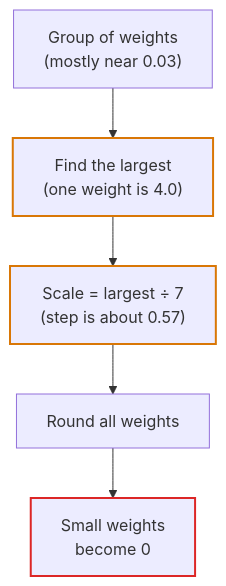
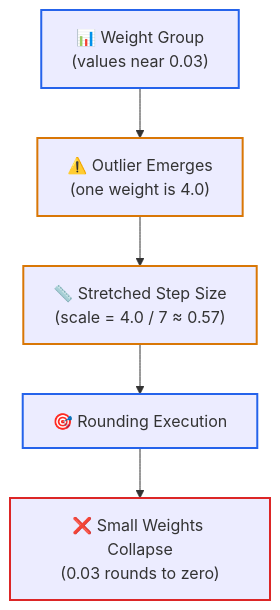
Before and after one commit to dip4k/senior-engineer-to-ai-engineer-roadmap: the second of 3 diagrams in 00-foundations-and-token-mechanics/05-slms-and-quantization-mechanics.md, drawn with Mermaid. The commit also changed other lines of this file and 39 other files, not shown here.

First line of the commit message:
feat(curriculum): upgrade mermaid diagrams with unicode icons & codify anti-bloat layout rules

````diff
--- a/00-foundations-and-token-mechanics/05-slms-and-quantization-mechanics.md
+++ b/00-foundations-and-token-mechanics/05-slms-and-quantization-mechanics.md
@@ -113,11 +114,13 @@
 ```mermaid
 flowchart TD
-    A["Group of weights<br>(mostly near 0.03)"] --> B["Find the largest<br>(one weight is 4.0)"]
-    B --> C["Scale = largest ÷ 7<br>(step is about 0.57)"]
-    C --> D["Round all weights"]
-    D --> E["Small weights<br>become 0"]
+    A["📊 Weight Group<br>(values near 0.03)"] --> B["⚠️ Outlier Emerges<br>(one weight is 4.0)"]
+    B --> C["📏 Stretched Step Size<br>(scale = 4.0 / 7 ≈ 0.57)"]
+    C --> D["🎯 Rounding Execution"]
+    D --> E["❌ Small Weights Collapse<br>(0.03 rounds to zero)"]
 
+    style A stroke:#2563eb,stroke-width:2px
     style B stroke:#d97706,stroke-width:2px
     style C stroke:#d97706,stroke-width:2px
+    style D stroke:#2563eb,stroke-width:2px
     style E stroke:#dc2626,stroke-width:2px
 ```
````
